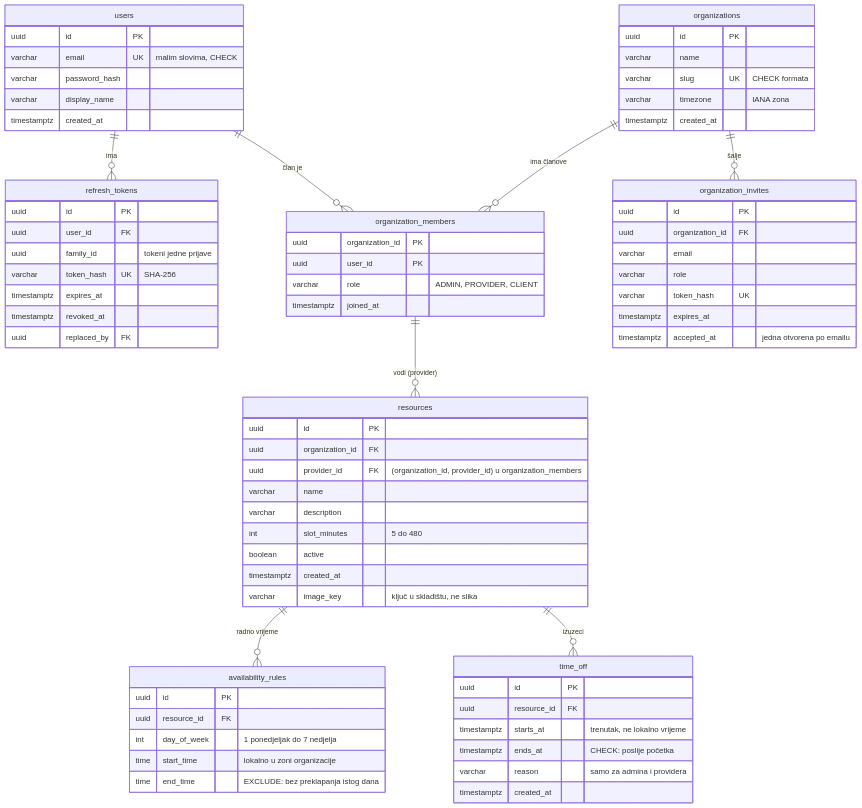
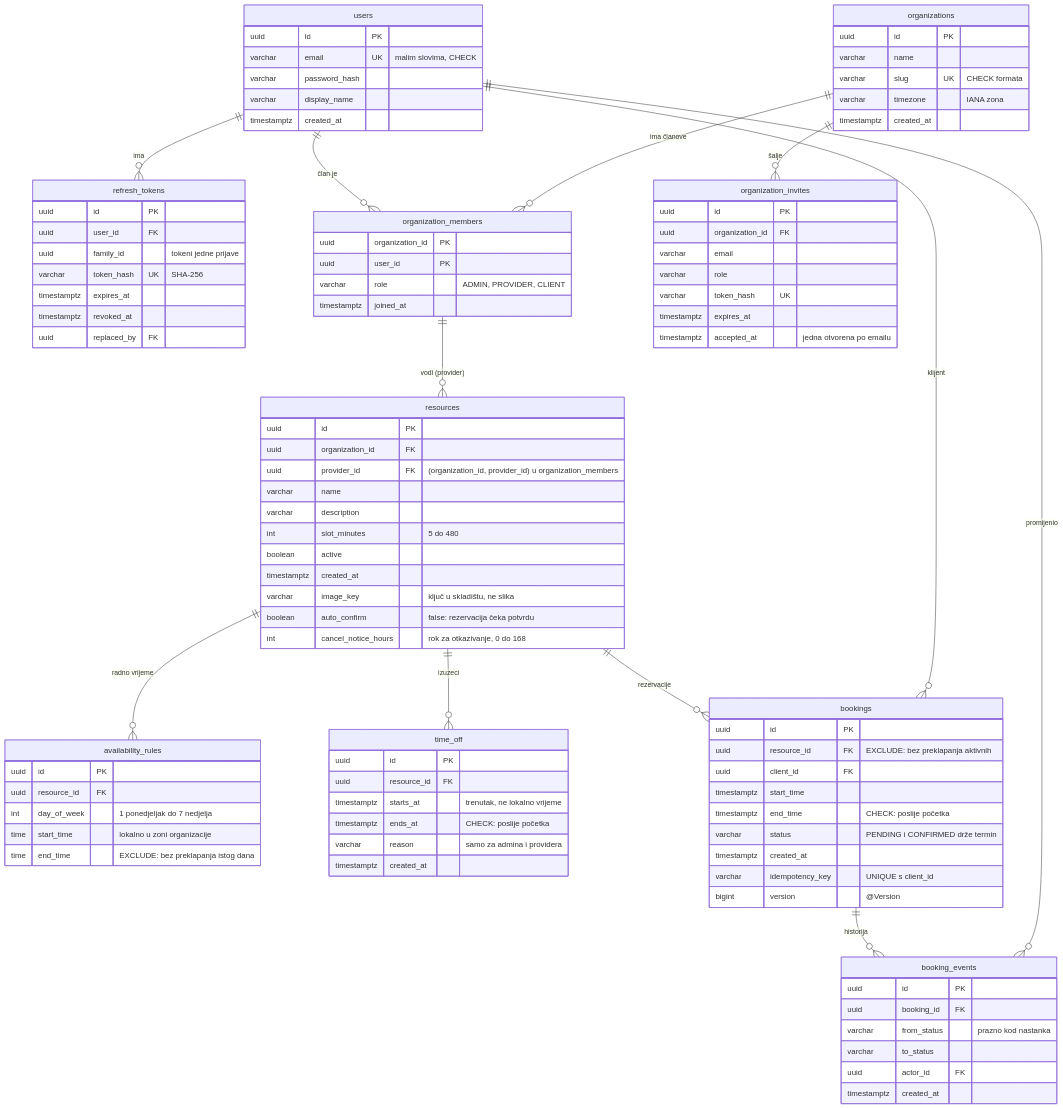
Before and after one commit to eminahbabovich/SlotBook: the third of 3 diagrams in docs/ARHITEKTURA.md, drawn with Mermaid. The commit also changed other lines of this file and 4 other files, not shown here.

Commit message:
Faza 4 gotova: rezervacije, 20 niti, Idempotency-Key i prelazi stanja, dnevnik za 14.11.

````diff
--- a/docs/ARHITEKTURA.md
+++ b/docs/ARHITEKTURA.md
@@ -49,6 +77,10 @@
     organization_members ||--o{ resources : "vodi (provider)"
     resources ||--o{ availability_rules : "radno vrijeme"
     resources ||--o{ time_off : "izuzeci"
+    resources ||--o{ bookings : "rezervacije"
+    users ||--o{ bookings : "klijent"
+    bookings ||--o{ booking_events : "historija"
+    users ||--o{ booking_events : "promijenio"
 
     users {
         uuid id PK
@@ -98,6 +130,8 @@
         boolean active
         timestamptz created_at
         varchar image_key "ključ u skladištu, ne slika"
+        boolean auto_confirm "false: rezervacija čeka potvrdu"
+        int cancel_notice_hours "rok za otkazivanje, 0 do 168"
     }
     availability_rules {
         uuid id PK
@@ -114,4 +148,23 @@
         varchar reason "samo za admina i providera"
         timestamptz created_at
     }
+    bookings {
+        uuid id PK
+        uuid resource_id FK "EXCLUDE: bez preklapanja aktivnih"
+        uuid client_id FK
+        timestamptz start_time
+        timestamptz end_time "CHECK: poslije početka"
+        varchar status "PENDING i CONFIRMED drže termin"
+        timestamptz created_at
+        varchar idempotency_key "UNIQUE s client_id"
+        bigint version "@Version"
+    }
+    booking_events {
+        uuid id PK
+        uuid booking_id FK
+        varchar from_status "prazno kod nastanka"
+        varchar to_status
+        uuid actor_id FK
+        timestamptz created_at
+    }
 ```
````
